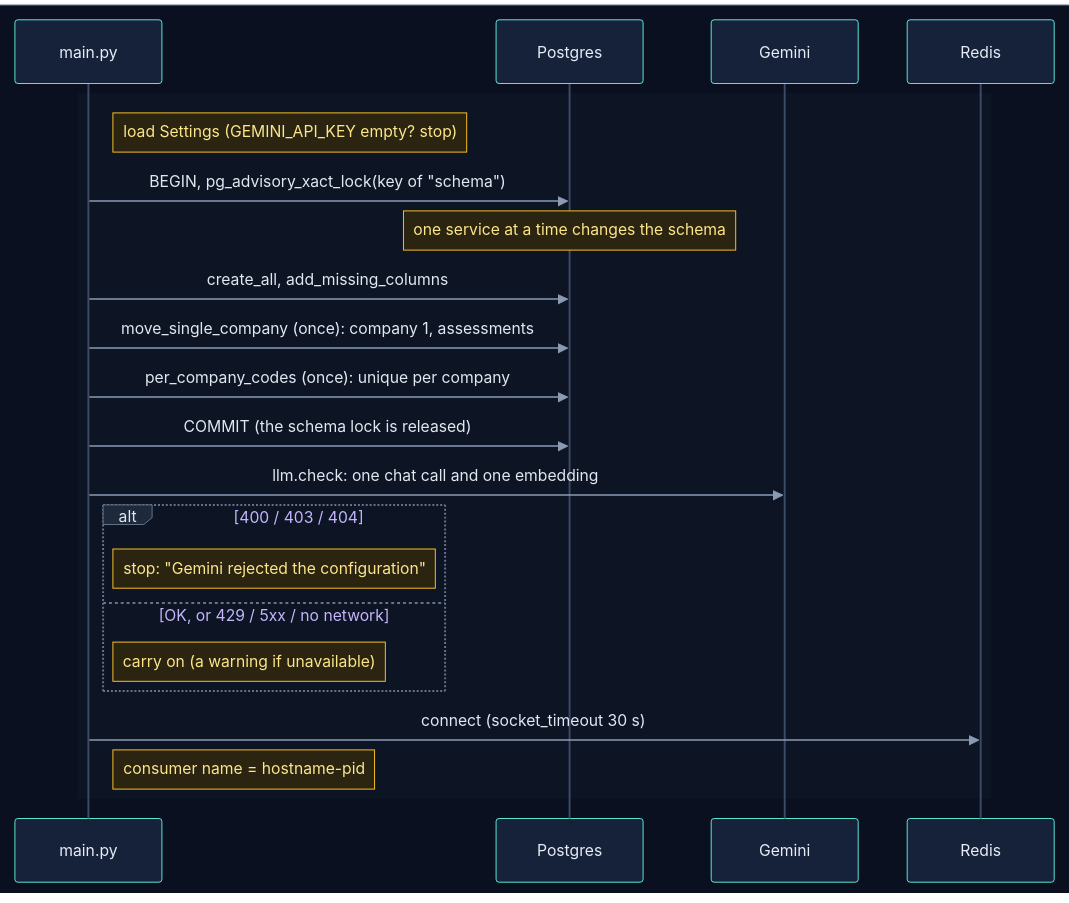
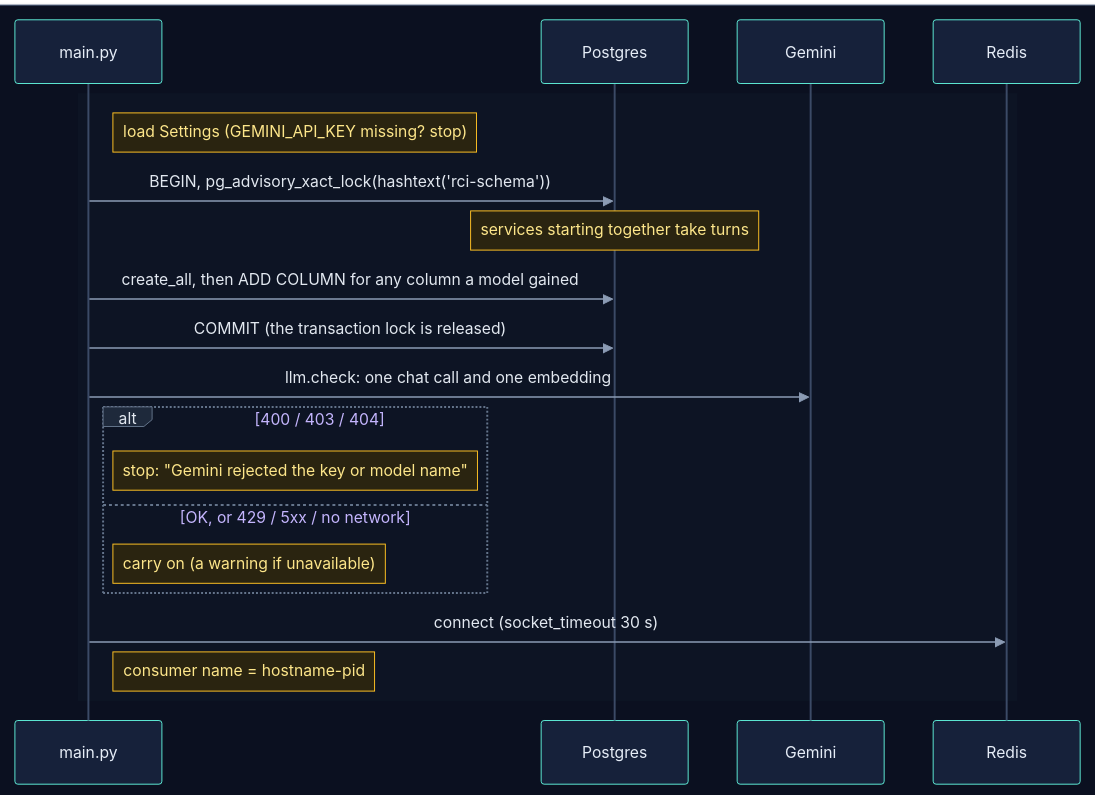
Before and after one commit to selvakumarperumal/Regulatory_Circular_Impact_Agent: the third of 19 diagrams in backend/worker/INTERNALS.md, drawn with Mermaid. The commit also changed other lines of this file and 7 other files, not shown here.

````diff
--- a/backend/worker/INTERNALS.md
+++ b/backend/worker/INTERNALS.md
@@ -162,28 +158,26 @@
 ```mermaid
 %%{init: {"theme": "base", "sequence": {"diagramMarginX": 0, "diagramMarginY": 0}, "themeVariables": {"darkMode": true, "primaryColor": "#16213a", "primaryTextColor": "#e6edf7", "primaryBorderColor": "#475a7a", "lineColor": "#8b9bb4", "secondaryColor": "#1b2436", "tertiaryColor": "#101a2e", "edgeLabelBackground": "#0f172a", "textColor": "#e2e8f0", "actorBkg": "#16213a", "actorBorder": "#5eead4", "actorTextColor": "#e6edf7", "actorLineColor": "#3b4a66", "signalColor": "#8b9bb4", "signalTextColor": "#e2e8f0", "noteBkgColor": "#2a2410", "noteBorderColor": "#fbbf24", "noteTextColor": "#fde68a", "labelBoxBkgColor": "#1e293b", "labelBoxBorderColor": "#64748b", "labelTextColor": "#e2e8f0", "loopTextColor": "#c4b5fd", "sequenceNumberColor": "#0b1020", "activationBkgColor": "#1e293b"}}}%%
 sequenceDiagram
     box rgb(11, 16, 32)
         participant M as main.py
         participant PG as Postgres
         participant G as Gemini
         participant R as Redis
     end
 
     rect rgb(13, 20, 36)
-        Note right of M: load Settings (GEMINI_API_KEY empty? stop)
-        M->>PG: BEGIN, pg_advisory_xact_lock(key of "schema")
-        Note over PG: one service at a time changes the schema
-        M->>PG: create_all, add_missing_columns
-        M->>PG: move_single_company (once): company 1, assessments
-        M->>PG: per_company_codes (once): unique per company
-        M->>PG: COMMIT (the schema lock is released)
+        Note right of M: load Settings (GEMINI_API_KEY missing? stop)
+        M->>PG: BEGIN, pg_advisory_xact_lock(hashtext('rci-schema'))
+        Note over PG: services starting together take turns
+        M->>PG: create_all, then ADD COLUMN for any column a model gained
+        M->>PG: COMMIT (the transaction lock is released)
         M->>G: llm.check: one chat call and one embedding
         alt 400 / 403 / 404
-            Note right of M: stop: "Gemini rejected the configuration"
+            Note right of M: stop: "Gemini rejected the key or model name"
         else OK, or 429 / 5xx / no network
             Note right of M: carry on (a warning if unavailable)
         end
         M->>R: connect (socket_timeout 30 s)
         Note right of M: consumer name = hostname-pid
     end
 ```
````
